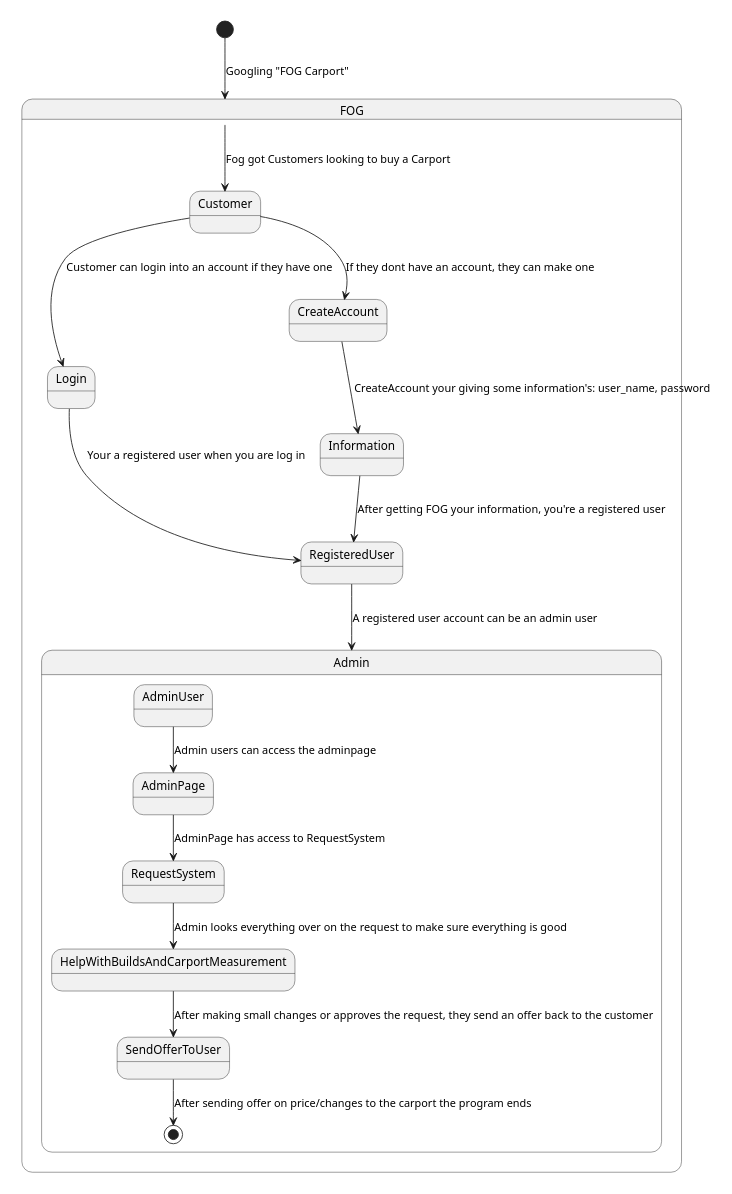
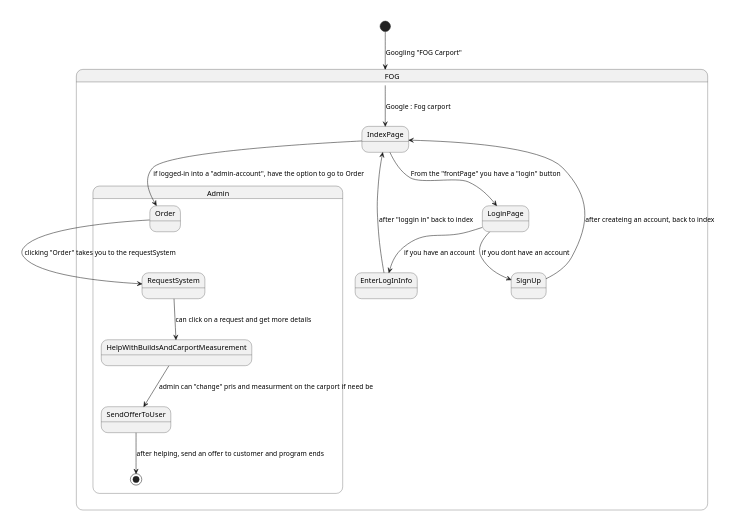
One commit to sanderMarcusChristensen/FOG-Carport changed the diagram in doc/diagrammer/US6_showcase.puml. Above: the diagram before and after it, drawn with PlantUML.

Commit message:
showcase - notes

```diff
--- a/doc/diagrammer/US6_showcase.puml
+++ b/doc/diagrammer/US6_showcase.puml
@@ -1,33 +1,34 @@
 @startuml
 'https://plantuml.com/state-diagram
 
 scale 350 width
 
 [*] --> FOG : Googling "FOG Carport"
 
 state FOG {
-  FOG --> Customer: Fog got Customers looking to buy a Carport
-  Customer --> Login:  Customer can login into an account if they have one
-  Customer --> CreateAccount: If they dont have an account, they can make one
+  FOG --> IndexPage: Google : Fog carport
+  IndexPage --> LoginPage : From the "frontPage" you have a "login" button
+  LoginPage --> EnterLogInInfo: if you have an account
+  LoginPage --> SignUp: if you dont have an account
 
-  Login --> RegisteredUser: Your a registered user when you are log in
-  CreateAccount --> Information: CreateAccount your giving some information's: user_name, password
-  Information --> RegisteredUser: After getting FOG your information, you're a registered user
+  SignUp --> IndexPage: after createing an account, back to index
+  EnterLogInInfo --> IndexPage: after "loggin in" back to index
 
-  RegisteredUser --> Admin: A registered user account can be an admin user
+
 
 
   state Admin {
 
-    AdminUser --> AdminPage: Admin users can access the adminpage
+    IndexPage --> Order: if logged-in into a "admin-account", have the option to go to Order
 
-    AdminPage --> RequestSystem: AdminPage has access to RequestSystem
+    Order --> RequestSystem: clicking "Order" takes you to the requestSystem
 
+    RequestSystem --> HelpWithBuildsAndCarportMeasurement: can click on a request and get more details
 
-    RequestSystem --> HelpWithBuildsAndCarportMeasurement: Admin looks everything over on the request to make sure everything is good
-    HelpWithBuildsAndCarportMeasurement --> SendOfferToUser: After making small changes or approves the request, they send an offer back to the customer
-    SendOfferToUser --> [*]: After sending offer on price/changes to the carport the program ends
+    HelpWithBuildsAndCarportMeasurement --> SendOfferToUser: admin can "change" pris and measurment on the carport if need be
+
+    SendOfferToUser --> [*]: after helping, send an offer to customer and program ends
   }
 }
 
 @enduml
```
